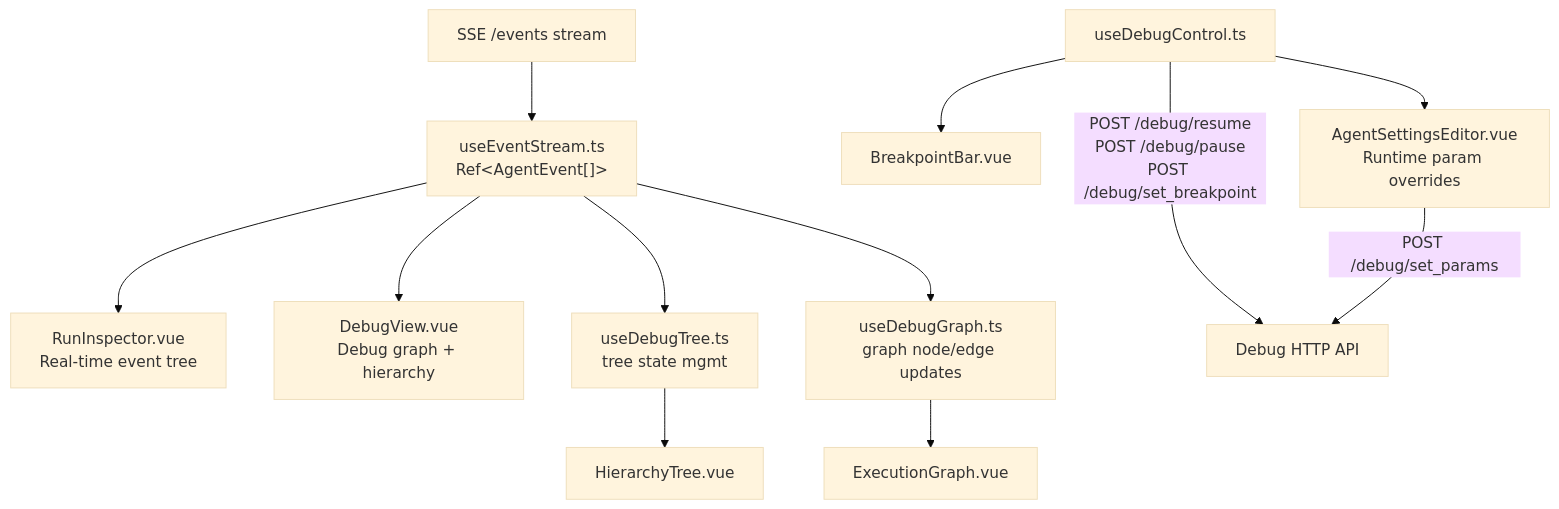
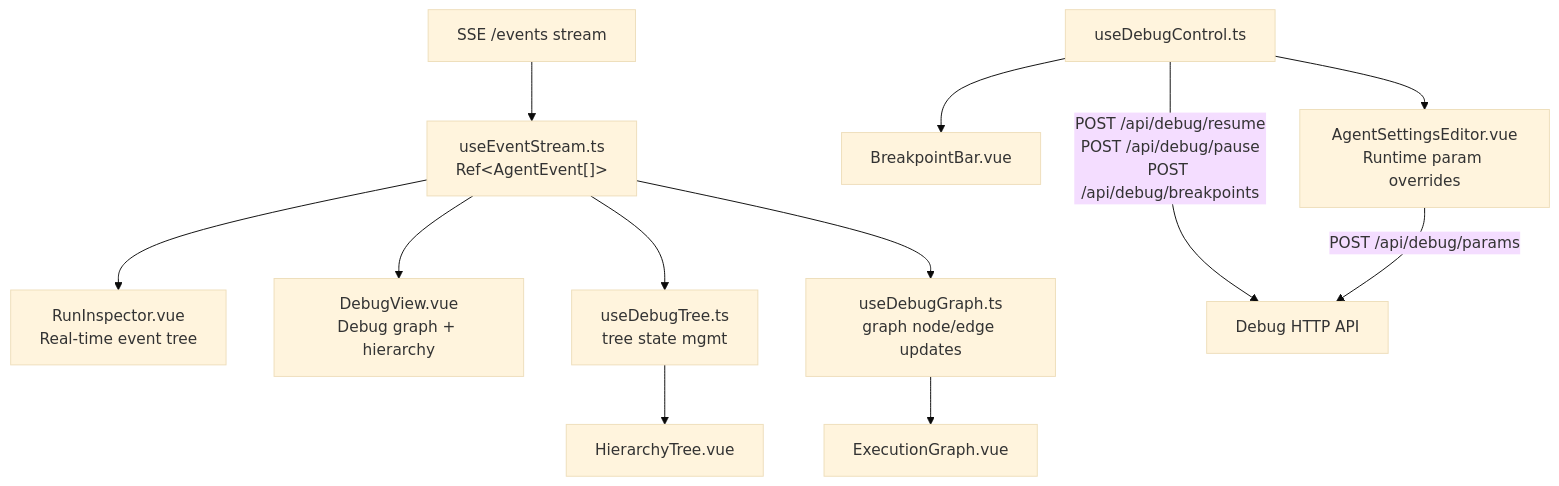
Before and after one commit to SK-ENT/rakitsu: diagram 26 of 27 in docs/SYSTEM-SPEC.md, drawn with Mermaid (base theme). The commit also changed other lines of this file and 30 other files, not shown here.

````diff
--- a/docs/SYSTEM-SPEC.md
+++ b/docs/SYSTEM-SPEC.md
@@ -1386,18 +1397,18 @@
 ```mermaid
 flowchart TD
     SSE["SSE /events stream"]
     SSE --> UES["useEventStream.ts\nRef&lt;AgentEvent[]&gt;"]
     UES --> RI["RunInspector.vue\nReal-time event tree"]
     UES --> DV["DebugView.vue\nDebug graph + hierarchy"]
 
     UES --> UDT["useDebugTree.ts\ntree state mgmt"]
     UES --> UDG["useDebugGraph.ts\ngraph node/edge updates"]
 
     UDT --> HT["HierarchyTree.vue"]
     UDG --> EG["ExecutionGraph.vue"]
 
     UDC["useDebugControl.ts"] --> BB["BreakpointBar.vue"]
-    UDC -->|"POST /debug/resume\nPOST /debug/pause\nPOST /debug/set_breakpoint"| DEBUG_API["Debug HTTP API"]
+    UDC -->|"POST /api/debug/resume\nPOST /api/debug/pause\nPOST /api/debug/breakpoints"| DEBUG_API["Debug HTTP API"]
     UDC --> ASE["AgentSettingsEditor.vue\nRuntime param overrides"]
-    ASE -->|"POST /debug/set_params"| DEBUG_API
+    ASE -->|"POST /api/debug/params"| DEBUG_API
 ```
````
